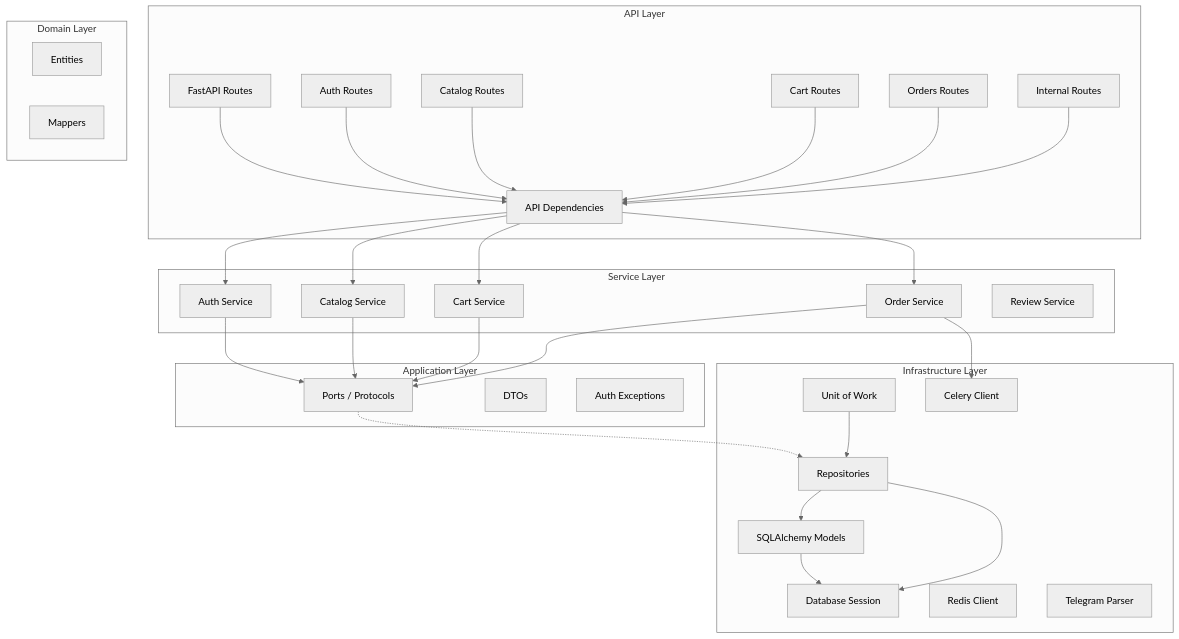
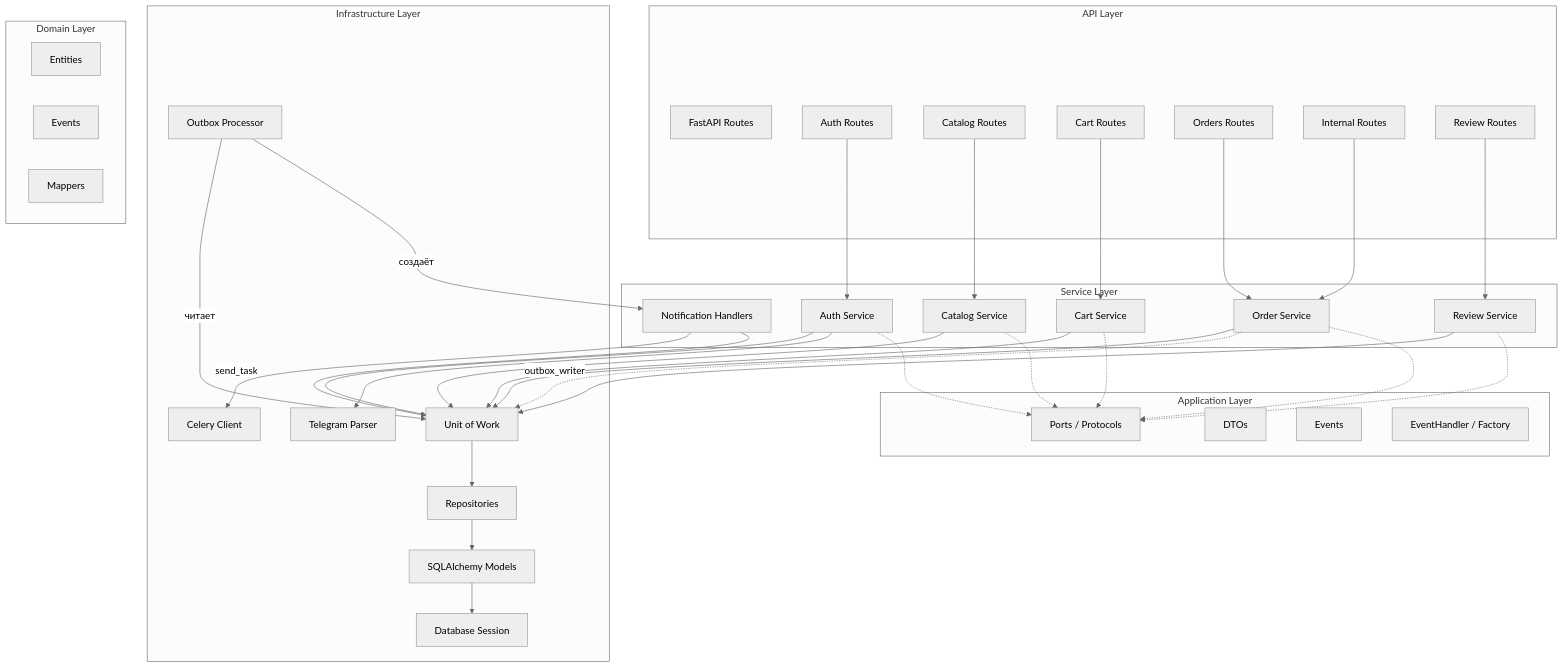
One commit to Mist3s/leaf-flow changed the diagram in README.md. Above: the diagram before and after it, drawn with Mermaid (neutral theme).

Commit message:
refactor: update README.md

````diff
--- a/README.md
+++ b/README.md
@@ -99,12 +99,13 @@
 ```mermaid
 graph TB
     subgraph "API Layer"
-        A[FastAPI Routes] --> B[API Dependencies]
-        A1[Auth Routes] --> B
-        A2[Catalog Routes] --> B
-        A3[Cart Routes] --> B
-        A4[Orders Routes] --> B
-        A5[Internal Routes] --> B
+        A[FastAPI Routes]
+        A1[Auth Routes]
+        A2[Catalog Routes]
+        A3[Cart Routes]
+        A4[Orders Routes]
+        A5[Internal Routes]
+        A6[Review Routes]
     end
 
     subgraph "Service Layer"
@@ -113,38 +114,70 @@
         C3[Cart Service]
         C4[Order Service]
         C5[Review Service]
+        C6[Notification Handlers]
     end
 
     subgraph "Application Layer"
         P1[Ports / Protocols]
         P2[DTOs]
-        P3[Auth Exceptions]
+        P3[Events]
+        P4[EventHandler / Factory]
     end
 
     subgraph "Infrastructure Layer"
-        D[Unit of Work] --> E[Repositories]
-        E --> F[SQLAlchemy Models]
+        D[Unit of Work]
+        E[Repositories]
+        F[SQLAlchemy Models]
         G[Database Session]
-        H[Redis Client]
-        I[Celery Client]
-        T[Telegram Parser]
+        OUT[Outbox Processor]
+        CEL[Celery Client]
+        TEL[Telegram Parser]
     end
 
     subgraph "Domain Layer"
         J[Entities]
-        K[Mappers]
+        K[Events]
+        M[Mappers]
     end
 
-    B --> C1
-    B --> C2
-    B --> C3
-    B --> C4
-    C1 --> P1
-    C2 --> P1
-    C3 --> P1
-    C4 --> P1
-    P1 -.-> E
-    E --> G
+    %% API -> Services
+    A1 --> C1
+    A2 --> C2
+    A3 --> C3
+    A4 --> C4
+    A5 --> C4
+    A6 --> C5
+
+    %% Services -> UoW
+    C1 --> D
+    C2 --> D
+    C3 --> D
+    C4 --> D
+    C5 --> D
+
+    %% Auth Service -> Telegram Parser
+    C1 --> TEL
+
+    %% UoW -> Repositories
+    D --> E
+    E --> F
     F --> G
-    C4 --> I
+
+    %% Order Service -> Outbox (через UoW)
+    C4 -.->|outbox_writer| D
+
+    %% Outbox Processor
+    OUT -->|читает| D
+    OUT -->|создаёт| C6
+    C6 -->|send_task| CEL
+
+    %% Notification Handlers -> UoW (подгрузка user)
+    C6 --> D
+
+    %% Services -> Ports
+    C1 -.-> P1
+    C2 -.-> P1
+    C3 -.-> P1
+    C4 -.-> P1
+    C5 -.-> P1
 ```
````
